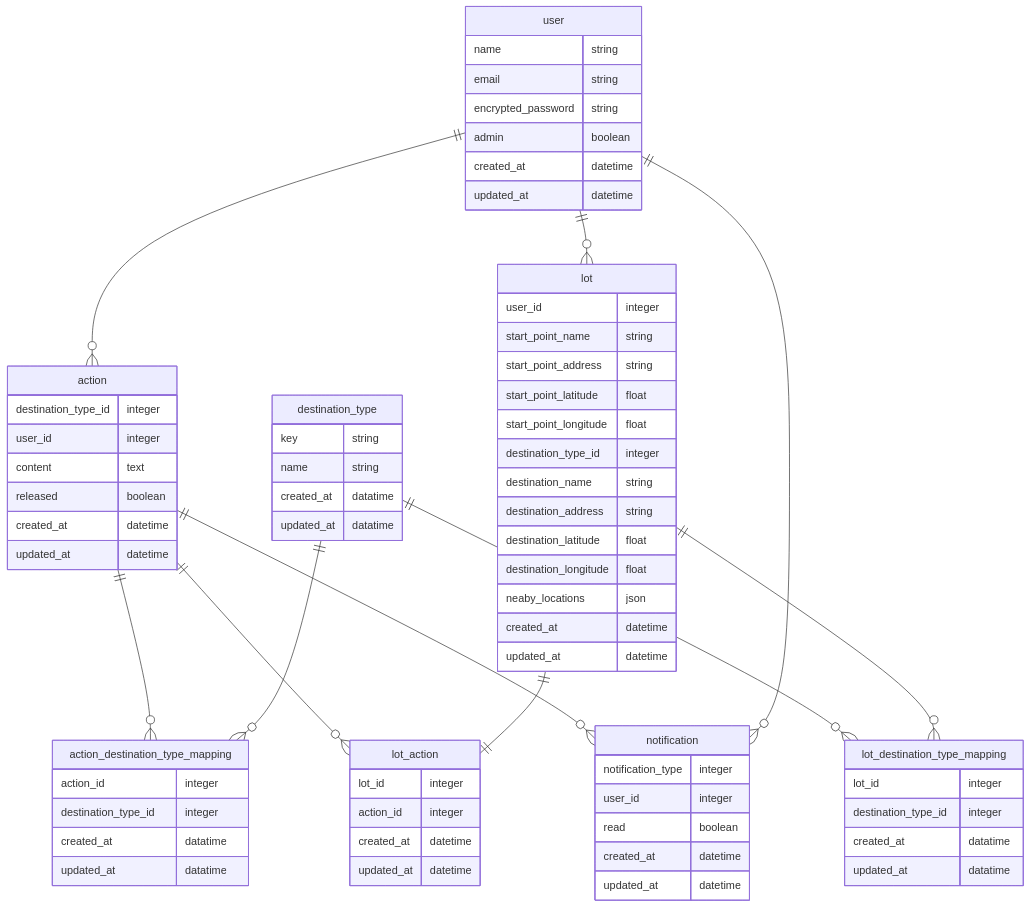
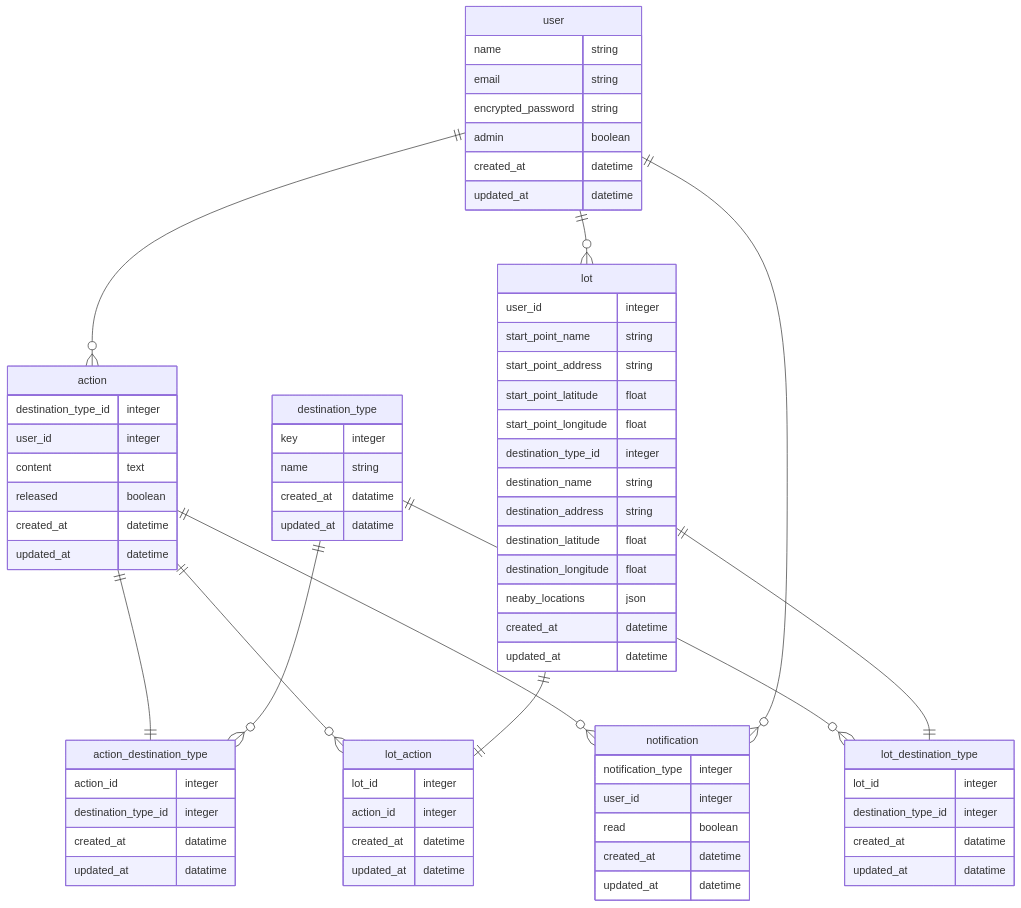
Before and after one commit to satoshitodaka/my_portfolio: the diagram in 散歩くじ/summary.md, drawn with Mermaid.

Commit message:
modify ER図を一部修正

````diff
--- a/散歩くじ/summary.md
+++ b/散歩くじ/summary.md
@@ -84,13 +84,13 @@
 ```mermaid
 erDiagram
 
-action ||--o{ action_destination_type_mapping: ""
+action ||--|| action_destination_type: ""
 action ||--o{ lot_action: ""
 action ||--o{ notification: ""
-destination_type ||--o{ action_destination_type_mapping: ""
-destination_type ||--o{ lot_destination_type_mapping: ""
+destination_type ||--o{ action_destination_type: ""
+destination_type ||--o{ lot_destination_type: ""
 lot ||--|| lot_action: ""
-lot ||--o{ lot_destination_type_mapping: ""
+lot ||--|| lot_destination_type: ""
 user ||--o{ action: ""
 user ||--o{ lot: ""
 user ||--o{ notification: ""
@@ -137,20 +137,20 @@
 }
 
 destination_type {
-  key string
+  key integer
   name string
   created_at datatime
   updated_at datatime
 }
 
-lot_destination_type_mapping {
+lot_destination_type {
   lot_id integer
   destination_type_id integer
   created_at datatime
   updated_at datatime
 }
 
-action_destination_type_mapping {
+action_destination_type {
   action_id integer
   destination_type_id integer
   created_at datatime
````
